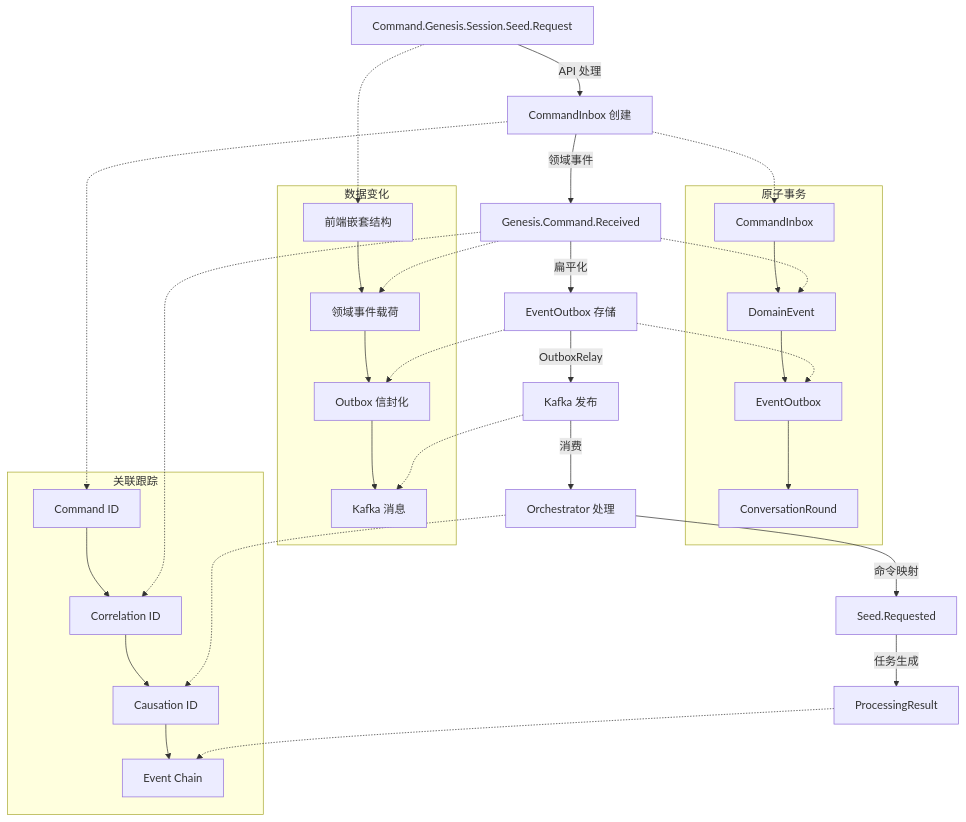
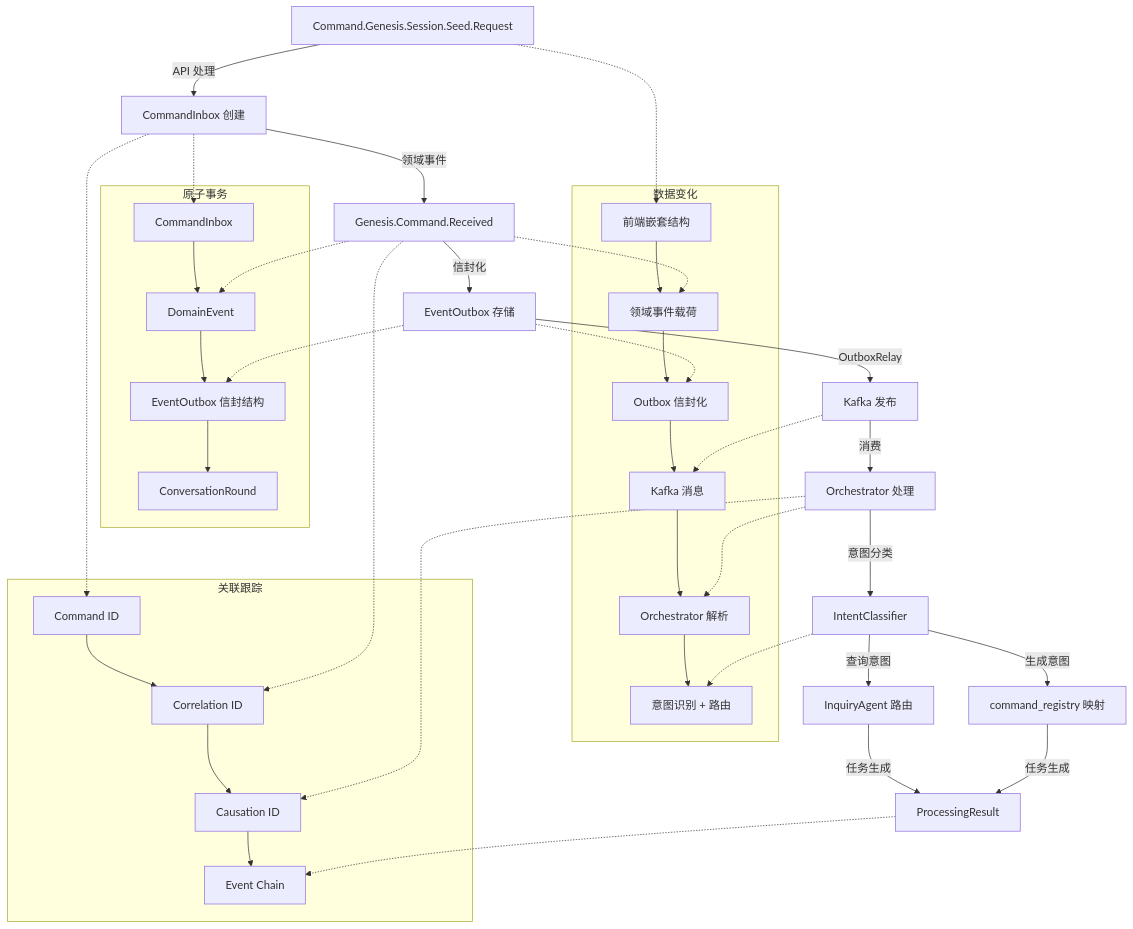
Before and after one commit to zhiyue/infinite-scribe: the seventh of 8 diagrams in docs/orchestrator-event-structures.md, drawn with Mermaid. The commit also changed other lines of this file and 1 other file, not shown here.

First line of the commit message:
docs: enhance orchestrator event structures with IntentClassifier and development environment guide

````diff
--- a/docs/orchestrator-event-structures.md
+++ b/docs/orchestrator-event-structures.md
@@ -679,42 +784,48 @@
 ```mermaid
 graph TD
     A[Command.Genesis.Session.Seed.Request] -->|API 处理| B[CommandInbox 创建]
     B -->|领域事件| C[Genesis.Command.Received]
-    C -->|扁平化| D[EventOutbox 存储]
+    C -->|信封化| D[EventOutbox 存储]
     D -->|OutboxRelay| E[Kafka 发布]
     E -->|消费| F[Orchestrator 处理]
-    F -->|命令映射| G[Seed.Requested]
-    G -->|任务生成| H[ProcessingResult]
+    F -->|意图分类| F1[IntentClassifier]
+    F1 -->|查询意图| G1[InquiryAgent 路由]
+    F1 -->|生成意图| G2[command_registry 映射]
+    G1 & G2 -->|任务生成| H[ProcessingResult]
 
     subgraph "原子事务"
         I[CommandInbox] --> J[DomainEvent]
-        J --> K[EventOutbox]
+        J --> K[EventOutbox 信封结构]
         K --> L[ConversationRound]
     end
 
     subgraph "数据变化"
         M[前端嵌套结构] --> N[领域事件载荷]
         N --> O[Outbox 信封化]
         O --> P[Kafka 消息]
+        P --> Q[Orchestrator 解析]
+        Q --> R[意图识别 + 路由]
     end
 
     subgraph "关联跟踪"
-        Q[Command ID] --> R[Correlation ID]
-        R --> S[Causation ID]
-        S --> T[Event Chain]
+        S[Command ID] --> T[Correlation ID]
+        T --> U[Causation ID]
+        U --> V[Event Chain]
     end
 
     B -.-> I
     C -.-> J
     D -.-> K
 
     A -.-> M
     C -.-> N
     D -.-> O
     E -.-> P
+    F -.-> Q
+    F1 -.-> R
 
-    B -.-> Q
-    C -.-> R
-    F -.-> S
-    H -.-> T
+    B -.-> S
+    C -.-> T
+    F -.-> U
+    H -.-> V
 ```
````
